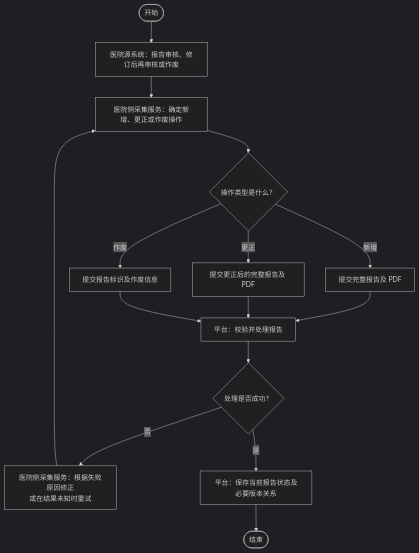
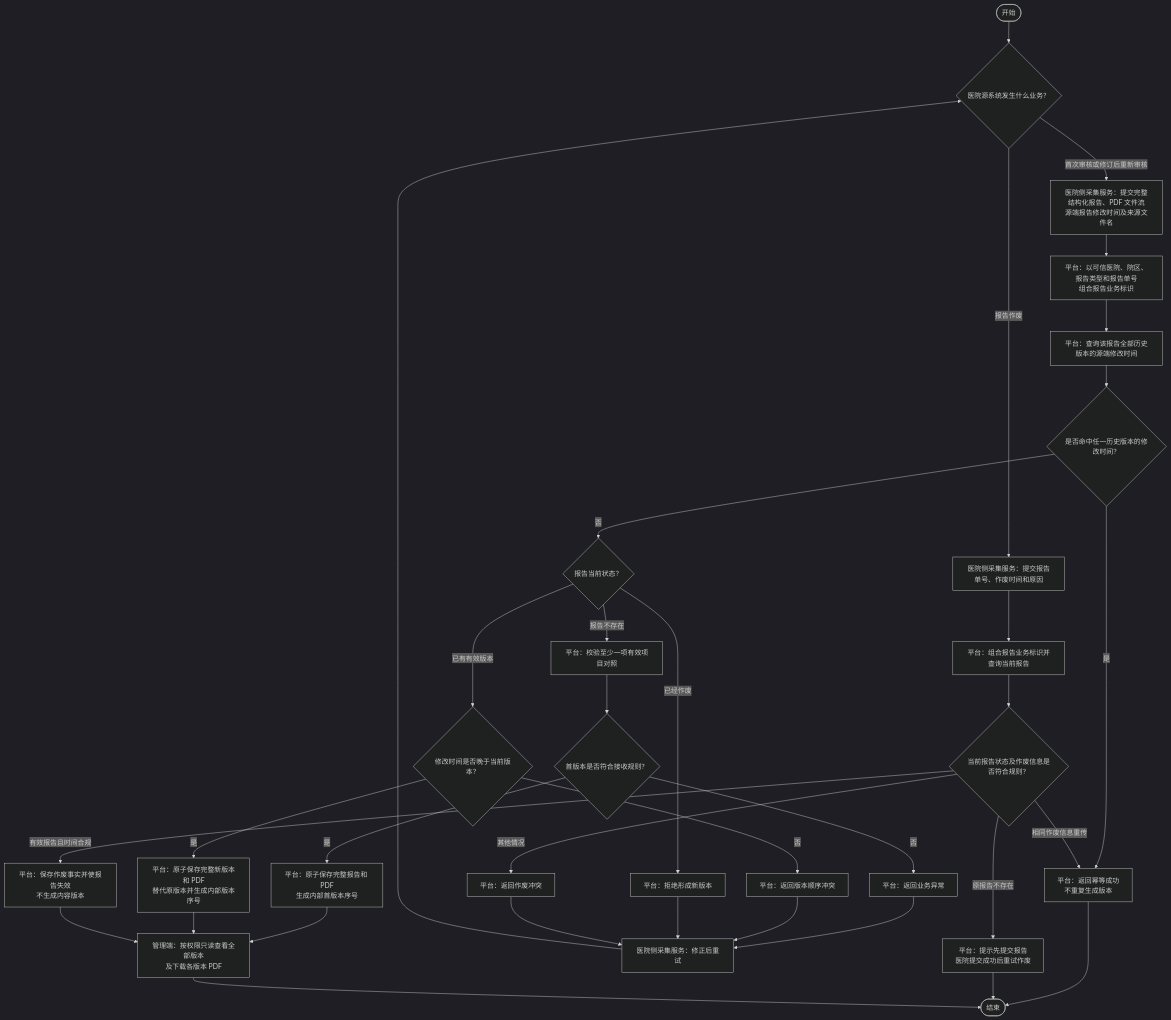
The third of 4 diagrams in docs/业务流程图.md (taskMain/Lis), drawn with Mermaid (dark theme) before and after one commit. The commit also changed other lines of this file and 1932 other files, not shown here.

````diff
--- a/docs/业务流程图.md
+++ b/docs/业务流程图.md
@@ -99,17 +99,36 @@
 ```mermaid
 flowchart TD
-    S([开始]) --> A["医院源系统：报告审核、修订后再审核或作废"]
-    A --> B["医院侧采集服务：确定新增、更正或作废操作"]
-    B --> C{"操作类型是什么？"}
-    C -- "新增" --> D["提交完整报告及 PDF"]
-    C -- "更正" --> E["提交更正后的完整报告及 PDF"]
-    C -- "作废" --> F["提交报告标识及作废信息"]
-    D --> G["平台：校验并处理报告"]
-    E --> G
-    F --> G
-    G --> H{"处理是否成功？"}
-    H -- "否" --> I["医院侧采集服务：根据失败原因修正<br/>或在结果未知时重试"]
-    I --> B
-    H -- "是" --> J["平台：保存当前报告状态及必要版本关系"]
-    J --> END([结束])
+    S([开始]) --> A{"医院源系统发生什么业务？"}
+    A -- "首次审核或修订后重新审核" --> B["医院侧采集服务：提交完整结构化报告、PDF 文件流<br/>源端报告修改时间及来源文件名"]
+    A -- "报告作废" --> C["医院侧采集服务：提交报告单号、作废时间和原因"]
+    B --> D["平台：以可信医院、院区、报告类型和报告单号<br/>组合报告业务标识"]
+    D --> E["平台：查询该报告全部历史版本的源端修改时间"]
+    E --> F{"是否命中任一历史版本的修改时间？"}
+    F -- "是" --> G["平台：返回幂等成功<br/>不重复生成版本"]
+    F -- "否" --> H{"报告当前状态？"}
+    H -- "报告不存在" --> I["平台：校验至少一项有效项目对照"]
+    I --> J{"首版本是否符合接收规则？"}
+    J -- "否" --> K["平台：返回业务异常"]
+    J -- "是" --> L["平台：原子保存完整报告和 PDF<br/>生成内部首版本序号"]
+    H -- "已有有效版本" --> M{"修改时间是否晚于当前版本？"}
+    M -- "否" --> N["平台：返回版本顺序冲突"]
+    M -- "是" --> O["平台：原子保存完整新版本和 PDF<br/>替代原版本并生成内部版本序号"]
+    H -- "已经作废" --> P["平台：拒绝形成新版本"]
+    C --> Q["平台：组合报告业务标识并查询当前报告"]
+    Q --> R{"当前报告状态及作废信息是否符合规则？"}
+    R -- "原报告不存在" --> S1["平台：提示先提交报告<br/>医院提交成功后重试作废"]
+    R -- "相同作废信息重传" --> G
+    R -- "有效报告且时间合规" --> T["平台：保存作废事实并使报告失效<br/>不生成内容版本"]
+    R -- "其他情况" --> U["平台：返回作废冲突"]
+    K --> V["医院侧采集服务：修正后重试"]
+    N --> V
+    P --> V
+    U --> V
+    V --> A
+    L --> W["管理端：按权限只读查看全部版本<br/>及下载各版本 PDF"]
+    O --> W
+    T --> W
+    G --> END([结束])
+    S1 --> END
+    W --> END
 ```
````
